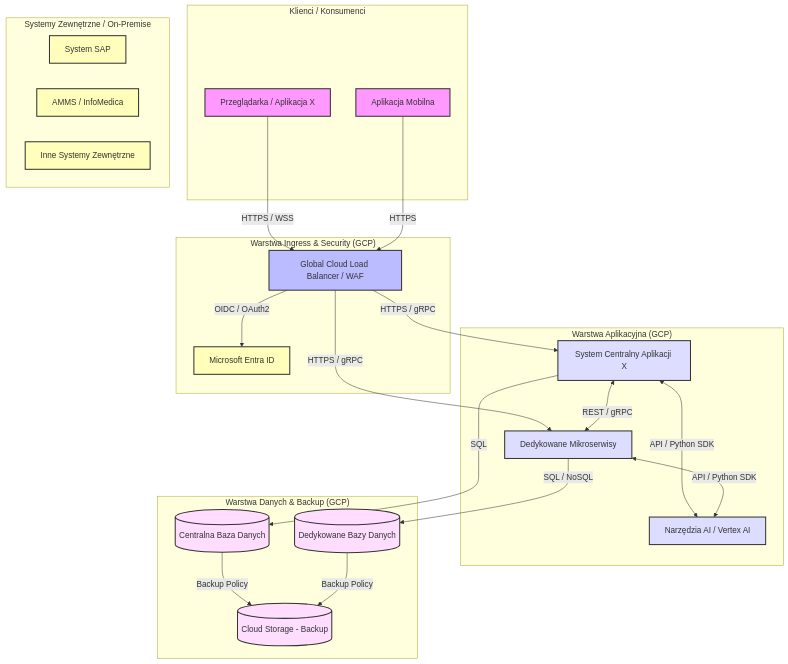
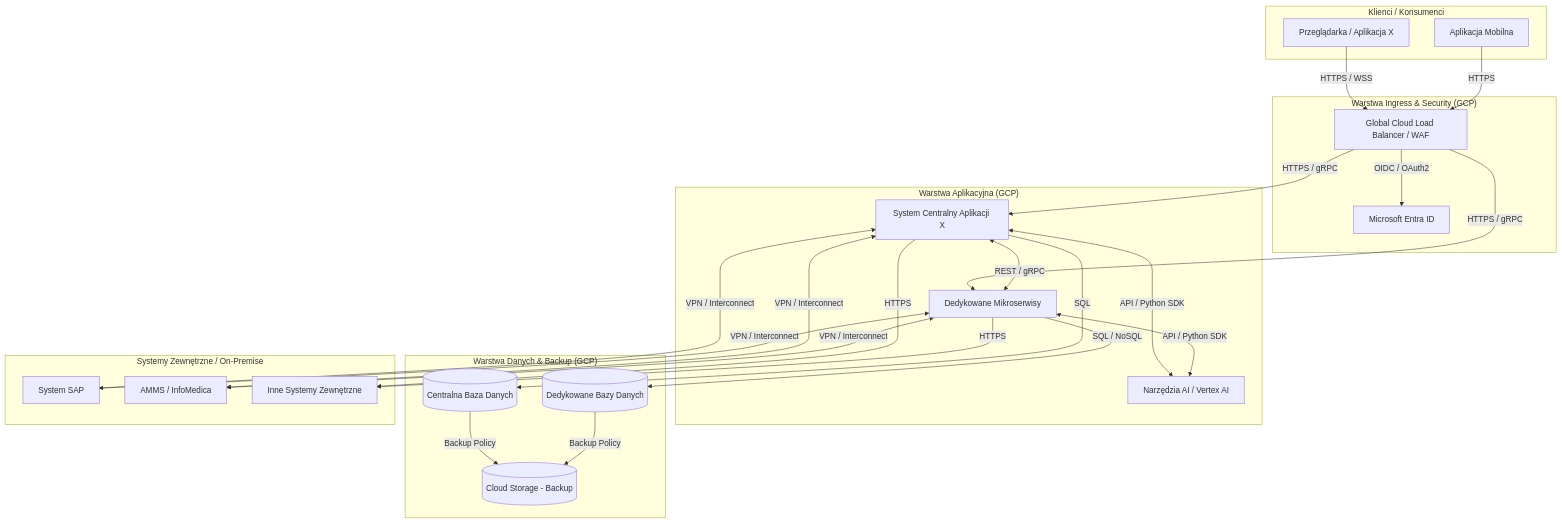
The first of 2 diagrams in infrastruktura-hld-lld-example.md (mtum00-dev01/demo), drawn with Mermaid before and after one commit.

Commit message:
Update mermaid diagram connections and styles
Removed style definitions and added new connections between Core, MS, and ExtSys.

````diff
--- a/infrastruktura-hld-lld-example.md
+++ b/infrastruktura-hld-lld-example.md
@@ -3,66 +3,67 @@
 ```mermaid
 
 graph TD
-    %% Definicja stylów
-    classDef userStyle fill:#f9f,stroke:#333,stroke-width:2px;
-    classDef ingressStyle fill:#bbf,stroke:#333,stroke-width:2px;
-    classDef appStyle fill:#ddf,stroke:#333,stroke-width:2px;
-    classDef dataStyle fill:#fdf,stroke:#333,stroke-width:2px;
-    classDef extStyle fill:#ffb,stroke:#333,stroke-width:2px;
 
     %% Klienci
     subgraph "Klienci / Konsumenci"
         Web[Przeglądarka / Aplikacja X]
         Mobile[Aplikacja Mobilna]
     end
     class Web,Mobile userStyle;
 
     %% Warstwa Brzegowa
     subgraph "Warstwa Ingress & Security (GCP)"
         LB[Global Cloud Load Balancer / WAF]
         Entra[Microsoft Entra ID]
     end
     class LB ingressStyle;
     class Entra extStyle;
 
     %% Warstwa Aplikacyjna
     subgraph "Warstwa Aplikacyjna (GCP)"
         Core[System Centralny Aplikacji X]
         MS[Dedykowane Mikroserwisy]
         AI[Narzędzia AI / Vertex AI]
     end
     class Core,MS,AI appStyle;
 
     %% Warstwa Danych
     subgraph "Warstwa Danych & Backup (GCP)"
         DB_Centr[(Centralna Baza Danych)]
         DB_Ded[(Dedykowane Bazy Danych)]
         BKP[(Cloud Storage - Backup)]
     end
     class DB_Centr,DB_Ded,BKP dataStyle;
 
     %% Systemy Zewnętrzne
     subgraph "Systemy Zewnętrzne / On-Premise"
         SAP[System SAP]
         AMMS[AMMS / InfoMedica]
         ExtSys[Inne Systemy Zewnętrzne]
     end
     class SAP,AMMS,ExtSys extStyle;
 
     %% Relacje i komunikacja
     Web -->|HTTPS / WSS| LB
     Mobile -->|HTTPS| LB
     LB -->|OIDC / OAuth2| Entra
     LB -->|HTTPS / gRPC| Core
     LB -->|HTTPS / gRPC| MS
     
     Core <-->|REST / gRPC| MS
     Core <-->|API / Python SDK| AI
     MS <-->|API / Python SDK| AI
     
     Core -->|SQL| DB_Centr
     MS -->|SQL / NoSQL| DB_Ded
     
     DB_Centr -->|Backup Policy| BKP
     DB_Ded -->|Backup Policy| BKP
+    
+    Core <-->|VPN / Interconnect| SAP
+    Core <-->|VPN / Interconnect| AMMS
+    MS <-->|VPN / Interconnect| SAP
+    MS <-->|VPN / Interconnect| AMMS
+    Core -->|HTTPS| ExtSys
+    MS -->|HTTPS| ExtSys
 ```
````
